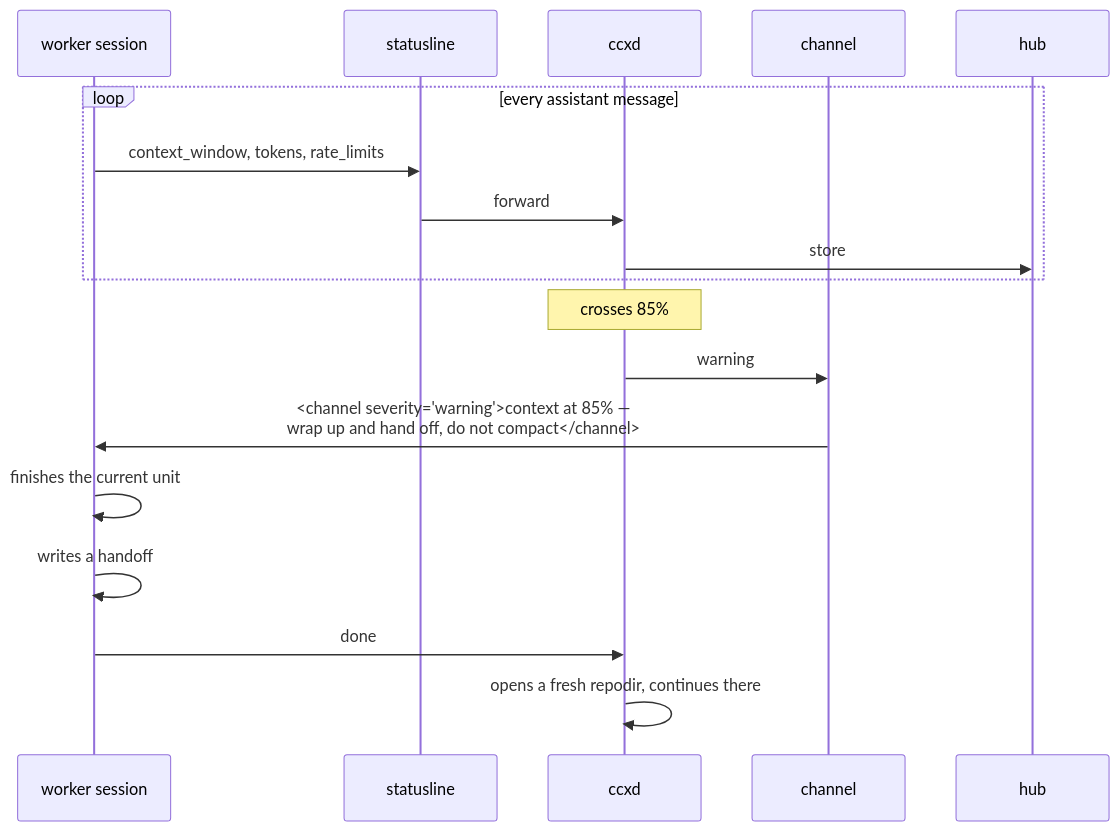
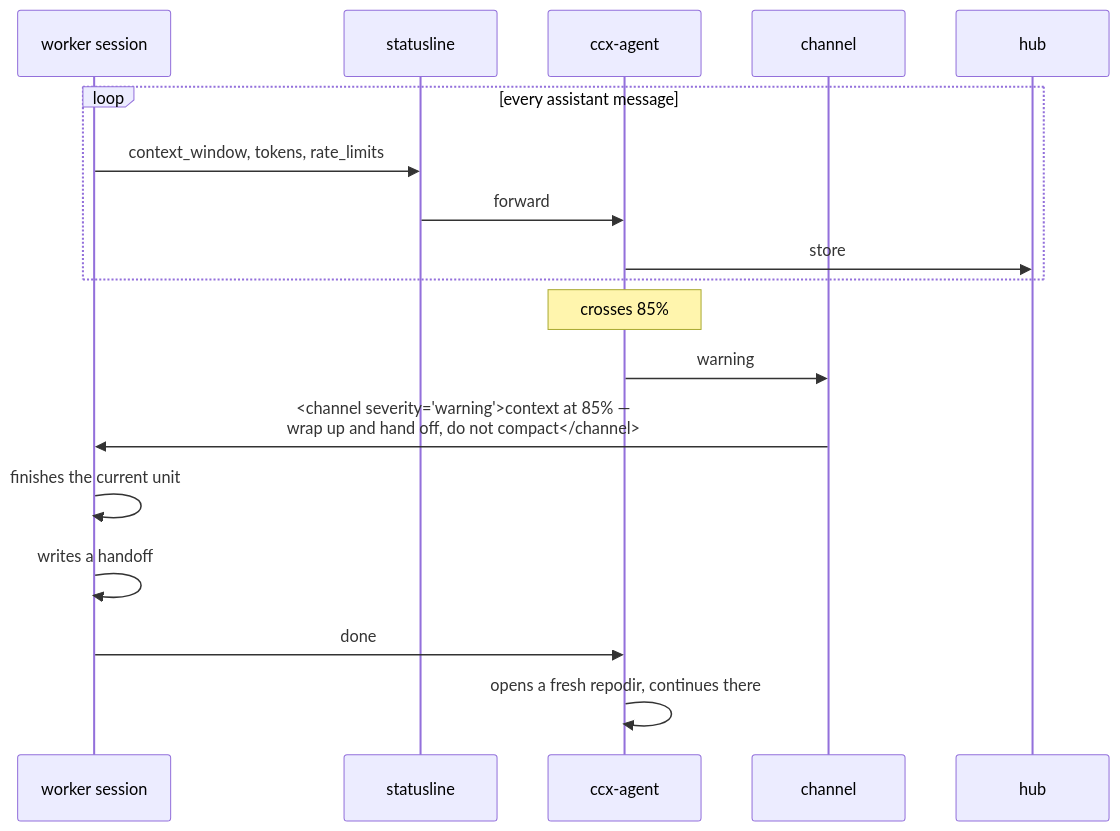
One commit to TakashiAihara/ccx changed the fifth of 8 diagrams in docs/design/use-cases.md. Above: the diagram before and after it, drawn with Mermaid. The commit also changed other lines of this file and 58 other files, not shown here.

First line of the commit message:
chore: rename ccxd to ccx-agent (#131)

````diff
--- a/docs/design/use-cases.md
+++ b/docs/design/use-cases.md
@@ -170,22 +170,22 @@
 ```mermaid
 sequenceDiagram
     participant S as worker session
     participant SL as statusline
-    participant CCXD as ccxd
+    participant AGENT as ccx-agent
     participant C as channel
     participant HUB as hub
 
     loop every assistant message
         S->>SL: context_window, tokens, rate_limits
-        SL->>CCXD: forward
-        CCXD->>HUB: store
+        SL->>AGENT: forward
+        AGENT->>HUB: store
     end
 
-    Note over CCXD: crosses 85%
-    CCXD->>C: warning
+    Note over AGENT: crosses 85%
+    AGENT->>C: warning
     C->>S: <channel severity="warning">context at 85% —<br/>wrap up and hand off, do not compact</channel>
     S->>S: finishes the current unit
     S->>S: writes a handoff
-    S->>CCXD: done
-    CCXD->>CCXD: opens a fresh repodir, continues there
+    S->>AGENT: done
+    AGENT->>AGENT: opens a fresh repodir, continues there
 ```
````
